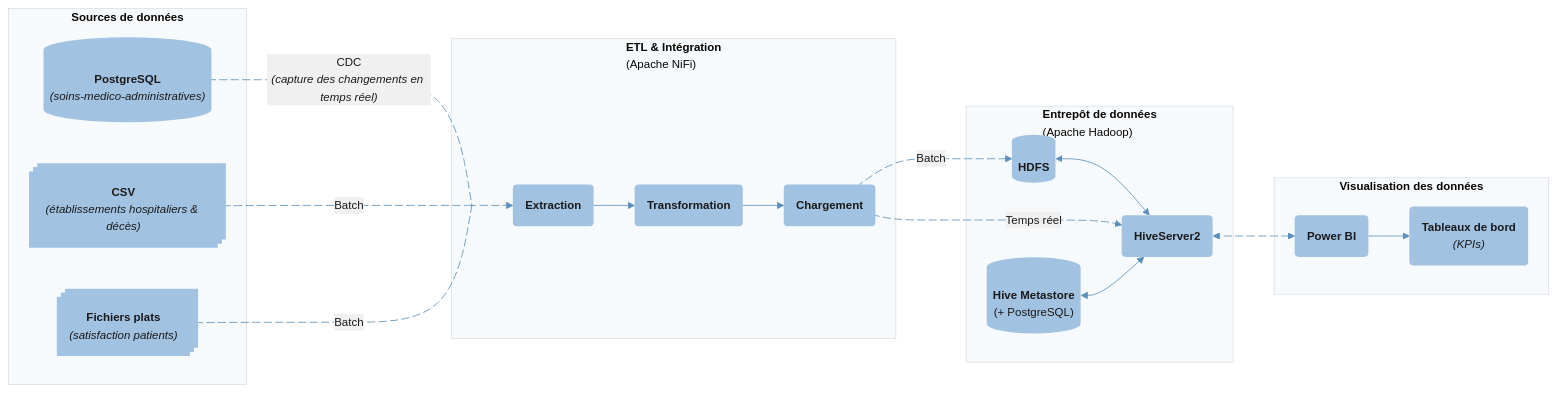
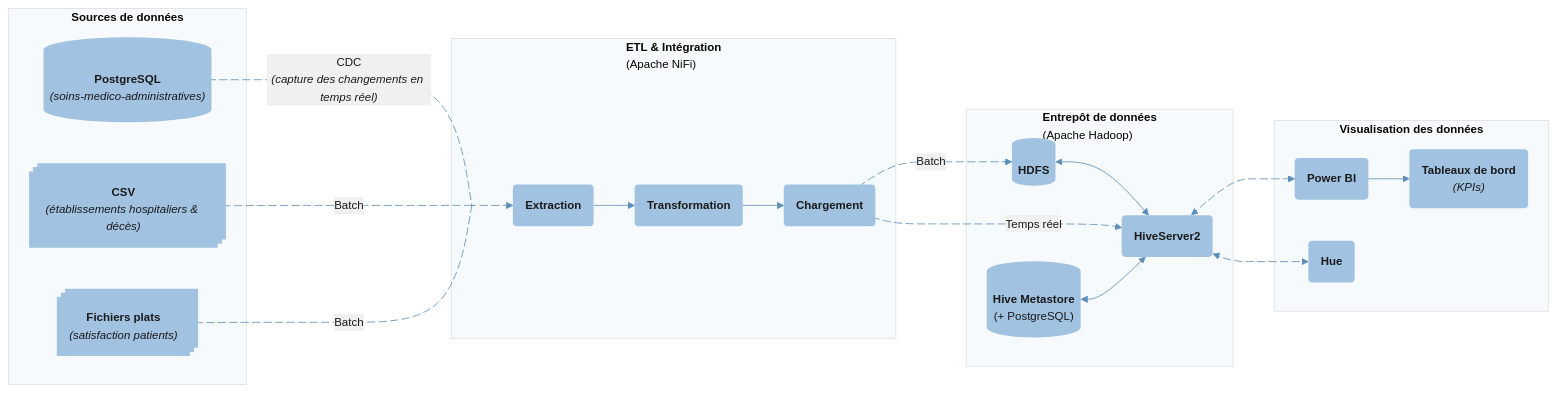
Before and after one commit to paulin-dev/CESI-BigData: the diagram in Livrable 1/Architecture.md, drawn with Mermaid. The commit also changed 1 other file, not shown here.

Commit message:
Add Hue in the architecture diagram

````diff
--- a/Livrable 1/Architecture.md
+++ b/Livrable 1/Architecture.md
@@ -22,69 +22,73 @@
 ```mermaid
 %%{init: {
   "theme": "base",
   "themeVariables": {
     "background": "transparent",
     "primaryColor": "#A2C2E2",
     "primaryTextColor": "#1a1a1a",
     "primaryBorderColor": "#5B8FB9",
     "lineColor": "#5B8FB9",
     "secondaryColor": "#B9D4E7",
     "tertiaryColor": "#F7FAFC",
     "fontSize": "14px",
     "edgeLabelBackground":"#f0f0f0",
     "nodeBorder": "2px"
   }
 }}%%
 flowchart LR
 
   %% Style
   classDef empty width:0,height:0;
 
   %% Sources de données brutes
   subgraph Sources["<b>Sources de données</b>"]
     A1[("<b>PostgreSQL</b><br><i>(soins-medico-administratives)</i>")]
     A2@{ shape: processes, label: "<b>CSV</b><br><i>(établissements hospitaliers & décès)</i>"}
     A3@{ shape: processes, label: "<b>Fichiers plats</b><br><i>(satisfaction patients)</i>"}
   end
   
   %% Ingestion/Intégration
   subgraph ETL["<b>ETL & Intégration</b><br>(Apache NiFi)"]
     N0[ ]:::empty
     N1("<b>Extraction</b>")
     N2("<b>Transformation</b>")
     N3("<b>Chargement</b>")
   end
   
   %% Stockage / Data Warehouse
   subgraph Hadoop["<b>Entrepôt de données</b><br>(Apache Hadoop)"]
     H1[("<b>HDFS</b>")]
     H2[("<b>Hive Metastore</b><br>(+ PostgreSQL)")]
     H3("<b>HiveServer2</b>")
     %%H4[(Hue - Interface Web)]
   end
   
   %% Analyse / Visualisation
   subgraph BI["<b>Visualisation des données</b>"]
     B1("<b>Power BI</b>")
-    B2("<b>Tableaux de bord</b><br><i>(KPIs)</i>")
+    B2("<b>Hue</b>")
+    B3("<b>Tableaux de bord</b><br><i>(KPIs)</i>")
+    
   end
   
   %% Relations
   A1 e1@--- |"CDC<br><i>(capture des changements en temps réel)</i>"| N0
   A2 e2@--- |"Batch"| N0
   A3 e3@--- |"Batch"| N0
   N0 e4@--> N1 --> N2 --> N3 e5@--> |"Batch"| H1 <--> H3
   N3 e6@--> |"Temps réel"| H3
-  H3 e7@<--> B1 --> B2
+  H3 e7@<--> B2
+  H3 e8@<--> B1 --> B3
   H2 <--> H3
   %%H4 --> H3
 
   %% Animations
   e1@{ animation: slow }
   e2@{ animation: slow }
   e3@{ animation: slow }
   e4@{ animation: slow }
   e5@{ animation: slow }
   e6@{ animation: slow }
   e7@{ animation: slow }
+  e8@{ animation: slow }
 ```
````
